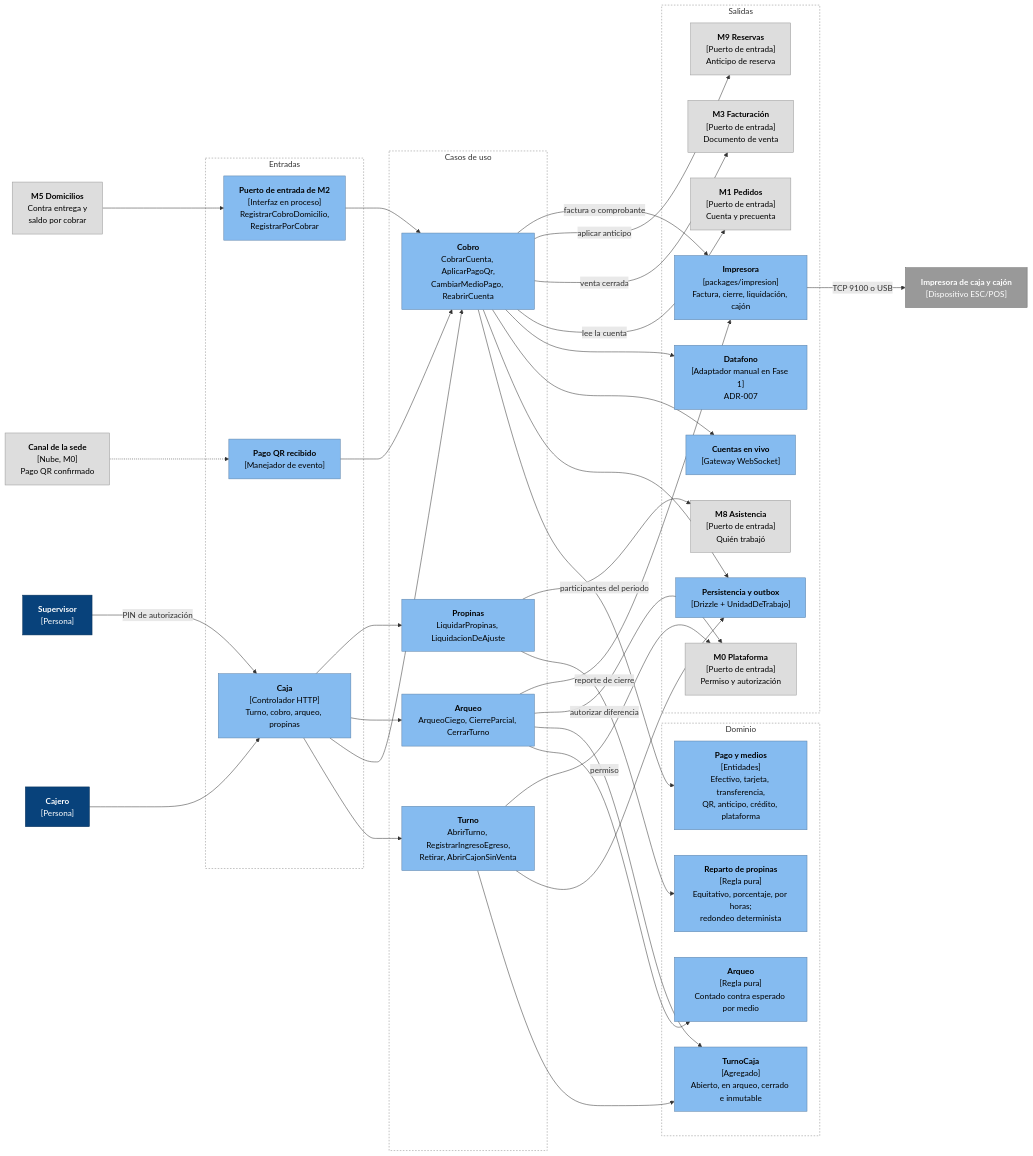
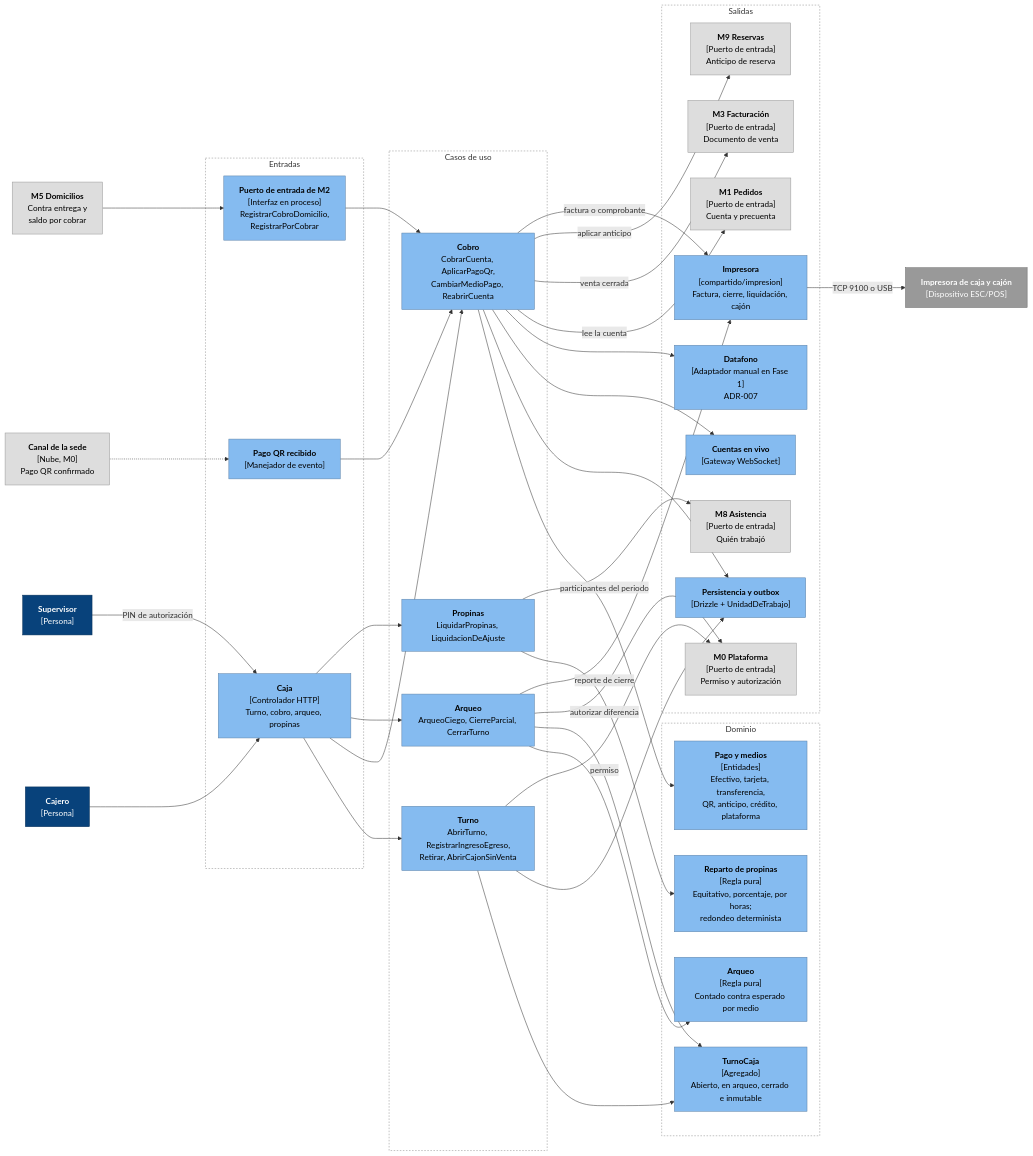
Before and after one commit to CesarJOtizM/blackHole: the first of 2 diagrams in docs/arquitectura/componentes/c4-m2-caja.md, drawn with Mermaid. The commit also changed other lines of this file and 23 other files, not shown here.

````diff
--- a/docs/arquitectura/componentes/c4-m2-caja.md
+++ b/docs/arquitectura/componentes/c4-m2-caja.md
@@ -14,82 +14,82 @@
 ```mermaid
 flowchart LR
   CAJ["<b>Cajero</b><br/>[Persona]"]:::persona
   SUP["<b>Supervisor</b><br/>[Persona]"]:::persona
   CAN["<b>Canal de la sede</b><br/>[Nube, M0]<br/>Pago QR confirmado"]:::modulo
   M5I["<b>M5 Domicilios</b><br/>Contra entrega y<br/>saldo por cobrar"]:::modulo
 
   subgraph Entradas["Entradas"]
     HTTP["<b>Caja</b><br/>[Controlador HTTP]<br/>Turno, cobro, arqueo, propinas"]:::componente
     EVT["<b>Pago QR recibido</b><br/>[Manejador de evento]"]:::componente
     PIE["<b>Puerto de entrada de M2</b><br/>[Interfaz en proceso]<br/>RegistrarCobroDomicilio,<br/>RegistrarPorCobrar"]:::componente
   end
 
   subgraph Aplicacion["Casos de uso"]
     UC_TUR["<b>Turno</b><br/>AbrirTurno, RegistrarIngresoEgreso,<br/>Retirar, AbrirCajonSinVenta"]:::componente
     UC_COB["<b>Cobro</b><br/>CobrarCuenta, AplicarPagoQr,<br/>CambiarMedioPago, ReabrirCuenta"]:::componente
     UC_ARQ["<b>Arqueo</b><br/>ArqueoCiego, CierreParcial, CerrarTurno"]:::componente
     UC_PRO["<b>Propinas</b><br/>LiquidarPropinas, LiquidacionDeAjuste"]:::componente
   end
 
   subgraph Dominio["Dominio"]
     D_TUR["<b>TurnoCaja</b><br/>[Agregado]<br/>Abierto, en arqueo, cerrado e inmutable"]:::componente
     D_PAG["<b>Pago y medios</b><br/>[Entidades]<br/>Efectivo, tarjeta, transferencia,<br/>QR, anticipo, crédito, plataforma"]:::componente
     D_ARQ["<b>Arqueo</b><br/>[Regla pura]<br/>Contado contra esperado por medio"]:::componente
     D_REP["<b>Reparto de propinas</b><br/>[Regla pura]<br/>Equitativo, porcentaje, por horas;<br/>redondeo determinista"]:::componente
   end
 
   subgraph Salida["Salidas"]
     REPO["<b>Persistencia y outbox</b><br/>[Drizzle + UnidadDeTrabajo]"]:::componente
     RT["<b>Cuentas en vivo</b><br/>[Gateway WebSocket]"]:::componente
     DAT["<b>Datafono</b><br/>[Adaptador manual en Fase 1]<br/>ADR-007"]:::componente
-    IMPR["<b>Impresora</b><br/>[packages/impresion]<br/>Factura, cierre, liquidación, cajón"]:::componente
+    IMPR["<b>Impresora</b><br/>[compartido/impresion]<br/>Factura, cierre, liquidación, cajón"]:::componente
     M1["<b>M1 Pedidos</b><br/>[Puerto de entrada]<br/>Cuenta y precuenta"]:::modulo
     M3["<b>M3 Facturación</b><br/>[Puerto de entrada]<br/>Documento de venta"]:::modulo
     M8["<b>M8 Asistencia</b><br/>[Puerto de entrada]<br/>Quién trabajó"]:::modulo
     M9["<b>M9 Reservas</b><br/>[Puerto de entrada]<br/>Anticipo de reserva"]:::modulo
     M0["<b>M0 Plataforma</b><br/>[Puerto de entrada]<br/>Permiso y autorización"]:::modulo
   end
 
   IMP["<b>Impresora de caja y cajón</b><br/>[Dispositivo ESC/POS]"]:::externo
 
   CAJ --> HTTP
   SUP -- "PIN de autorización" --> HTTP
   CAN -.-> EVT
   M5I --> PIE
 
   HTTP --> UC_TUR
   HTTP --> UC_COB
   HTTP --> UC_ARQ
   HTTP --> UC_PRO
   EVT --> UC_COB
   PIE --> UC_COB
 
   UC_TUR --> D_TUR
   UC_COB --> D_PAG
   UC_ARQ --> D_ARQ
   UC_ARQ --> D_TUR
   UC_PRO --> D_REP
 
   UC_TUR --> REPO
   UC_COB --> REPO
   UC_COB --> RT
   UC_COB --> DAT
   UC_COB -- "lee la cuenta" --> M1
   UC_COB -- "venta cerrada" --> M3
   UC_COB -- "aplicar anticipo" --> M9
   UC_PRO -- "participantes del periodo" --> M8
   UC_TUR -- "permiso" --> M0
   UC_ARQ -- "autorizar diferencia" --> M0
   UC_COB -- "factura o comprobante" --> IMPR
   UC_ARQ -- "reporte de cierre" --> IMPR
   IMPR -- "TCP 9100 o USB" --> IMP
 
   classDef persona fill:#08427b,stroke:#052e56,color:#fff
   classDef componente fill:#85bbf0,stroke:#5d82a8,color:#000
   classDef modulo fill:#dddddd,stroke:#999999,color:#000
   classDef externo fill:#999999,stroke:#6b6b6b,color:#fff
   style Entradas fill:none,stroke:#888,stroke-dasharray: 3 3
   style Aplicacion fill:none,stroke:#888,stroke-dasharray: 3 3
   style Dominio fill:none,stroke:#888,stroke-dasharray: 3 3
   style Salida fill:none,stroke:#888,stroke-dasharray: 3 3
 ```
````
